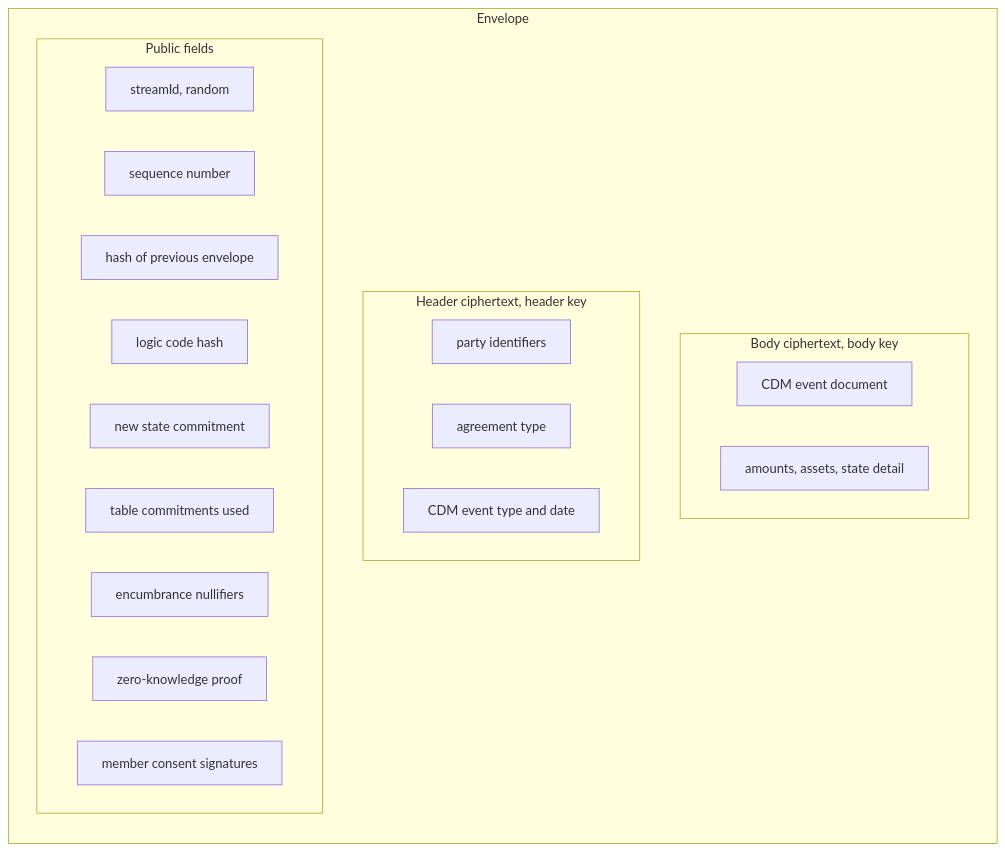
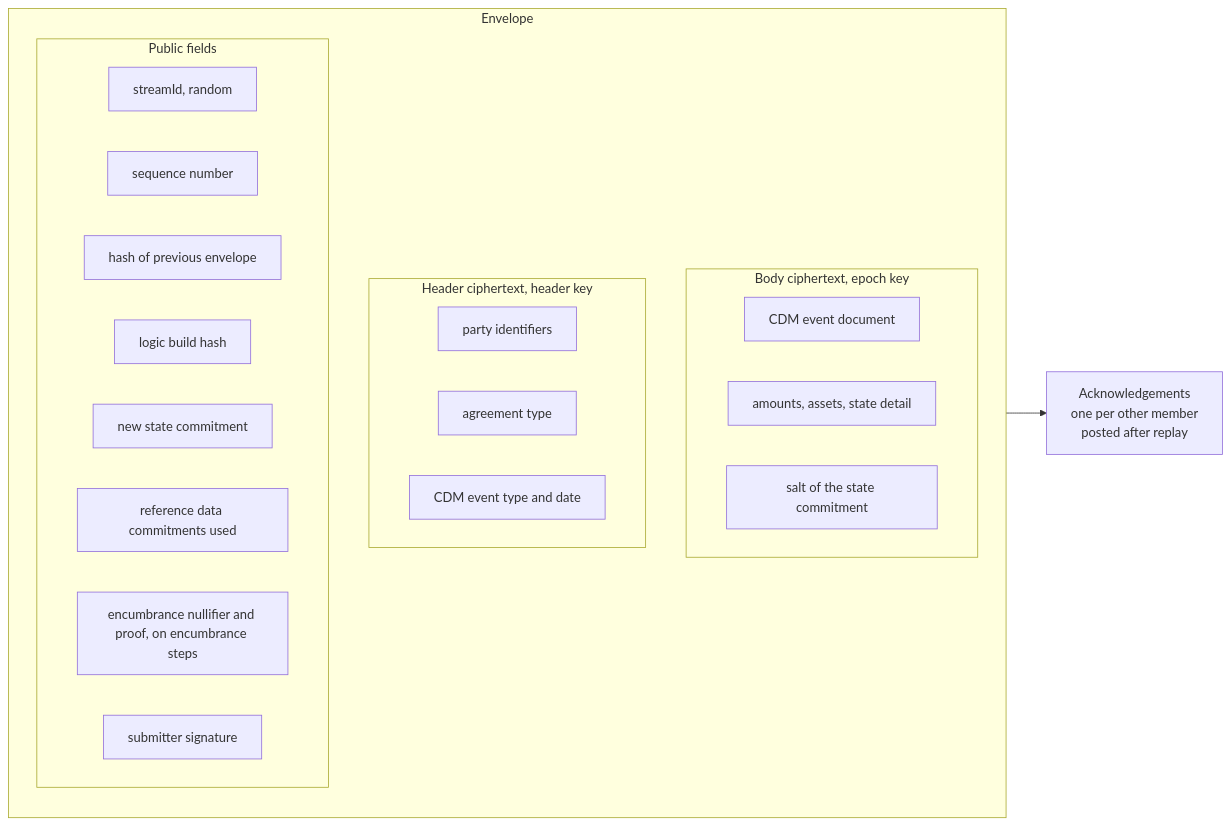
The third of 9 diagrams in docs/architecture/onchain-privacy.md (finos-hack/cdm-collateral), drawn with Mermaid before and after one commit. The commit also changed other lines of this file, not shown here.

First line of the commit message:
docs: onchain-privacy revised to the selective-proof design

````diff
--- a/docs/architecture/onchain-privacy.md
+++ b/docs/architecture/onchain-privacy.md
@@ -332,26 +355,28 @@
 ```mermaid
 flowchart LR
   subgraph env["Envelope"]
     direction TB
-    subgraph body["Body ciphertext, body key"]
+    subgraph body["Body ciphertext, epoch key"]
       B1["CDM event document"]
       B2["amounts, assets, state detail"]
+      B3["salt of the state commitment"]
     end
     subgraph hdr["Header ciphertext, header key"]
       H1["party identifiers"]
       H2["agreement type"]
       H3["CDM event type and date"]
     end
     subgraph pub["Public fields"]
       S["streamId, random"]
       Q["sequence number"]
       P["hash of previous envelope"]
-      L["logic code hash"]
+      L["logic build hash"]
       C["new state commitment"]
-      T["table commitments used"]
-      N["encumbrance nullifiers"]
-      Z["zero-knowledge proof"]
-      G["member consent signatures"]
+      T["reference data commitments used"]
+      N["encumbrance nullifier and proof, on encumbrance steps"]
+      G["submitter signature"]
     end
   end
+  ACK["Acknowledgements<br/>one per other member<br/>posted after replay"]
+  env --> ACK
 ```
````
